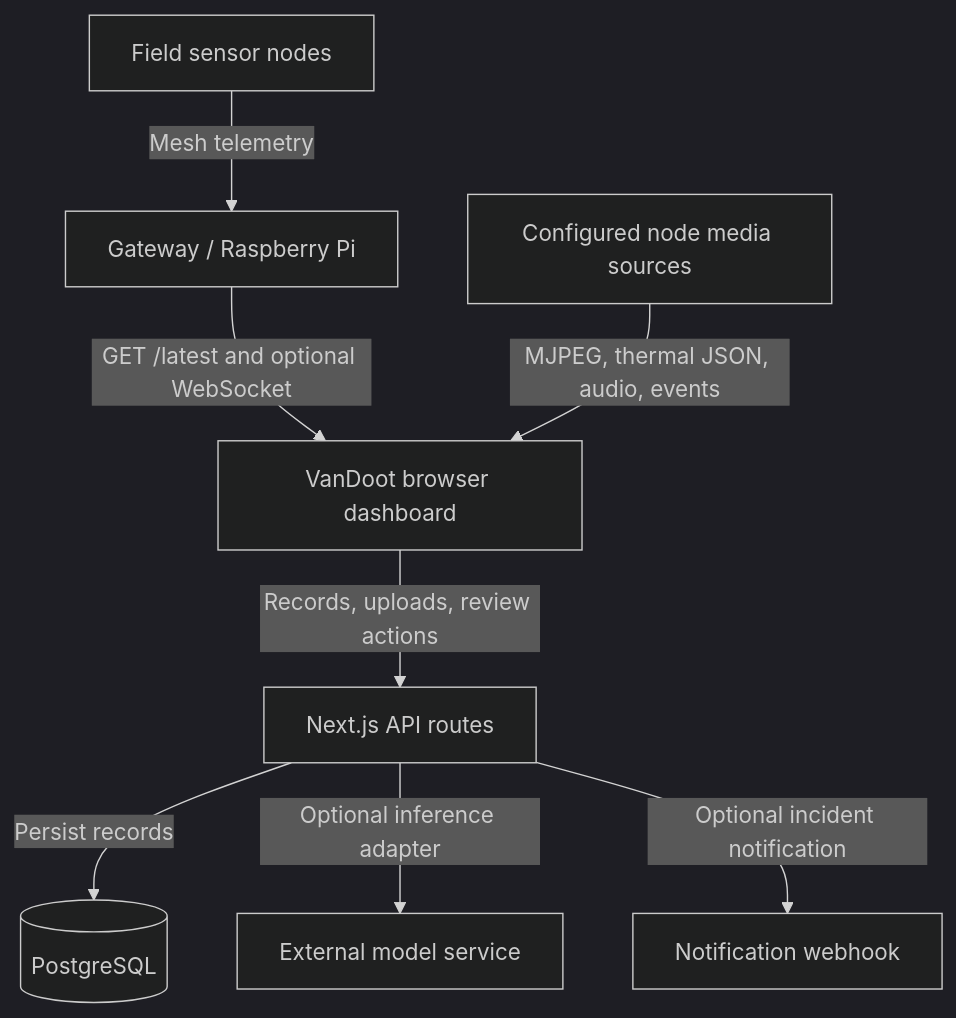
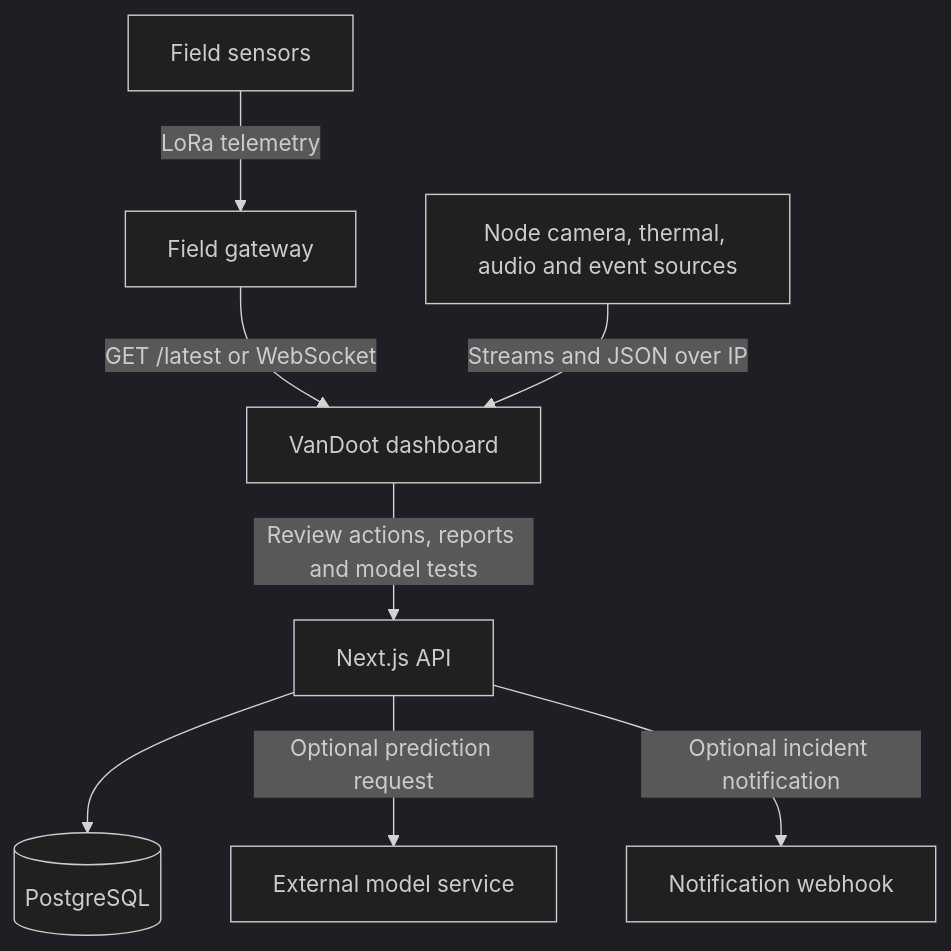
One commit to gauravchauhan5721/VanDoot-dashboard changed the diagram in README.md. Above: the diagram before and after it, drawn with Mermaid (dark theme). The commit also changed other lines of this file and 1 other file, not shown here.

Commit message:
docs: introduce VanDoot with a dashboard walkthrough and field setup

````diff
--- a/README.md
+++ b/README.md
@@ -41,10 +39,10 @@
 ```mermaid
 flowchart TD
-    Nodes["Field sensor nodes"] -->|"Mesh telemetry"| Gateway["Gateway / Raspberry Pi"]
-    Gateway -->|"GET /latest and optional WebSocket"| Dashboard["VanDoot browser dashboard"]
-    Media["Configured node media sources"] -->|"MJPEG, thermal JSON, audio, events"| Dashboard
-    Dashboard -->|"Records, uploads, review actions"| API["Next.js API routes"]
-    API -->|"Persist records"| DB[("PostgreSQL")]
-    API -->|"Optional inference adapter"| Model["External model service"]
-    API -->|"Optional incident notification"| Webhook["Notification webhook"]
+    sensors["Field sensors"] -->|"LoRa telemetry"| gateway["Field gateway"]
+    gateway -->|"GET /latest or WebSocket"| dashboard["VanDoot dashboard"]
+    media["Node camera, thermal, audio and event sources"] -->|"Streams and JSON over IP"| dashboard
+    dashboard -->|"Review actions, reports and model tests"| api["Next.js API"]
+    api --> db[("PostgreSQL")]
+    api -->|"Optional prediction request"| model["External model service"]
+    api -->|"Optional incident notification"| webhook["Notification webhook"]
 ```
````
